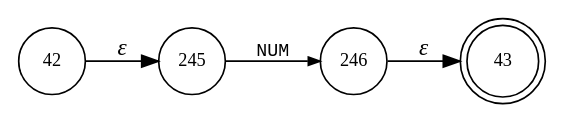
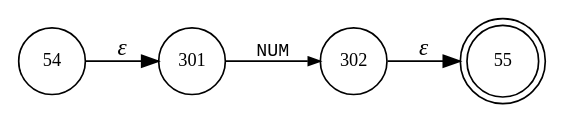
One commit to gar13177/Scanner changed the diagram in src/grammar/ANTLR/decaf.int_literal.dot. Above: the diagram before and after it, drawn with Graphviz. The commit also changed 226 other files, not shown here.

```diff
--- a/src/grammar/ANTLR/decaf.int_literal.dot
+++ b/src/grammar/ANTLR/decaf.int_literal.dot
@@ -1,10 +1,10 @@
 digraph ATN {
 rankdir=LR;
-s43[fontsize=11, label="43", shape=doublecircle, fixedsize=true, width=.6];
-s245[fontsize=11,label="245", shape=circle, fixedsize=true, width=.55, peripheries=1];
-s246[fontsize=11,label="246", shape=circle, fixedsize=true, width=.55, peripheries=1];
-s42[fontsize=11,label="42", shape=circle, fixedsize=true, width=.55, peripheries=1];
-s42 -> s245 [fontname="Times-Italic", label="&epsilon;"];
-s245 -> s246 [fontsize=11, fontname="Courier", arrowsize=.7, label = "NUM", arrowhead = normal];
-s246 -> s43 [fontname="Times-Italic", label="&epsilon;"];
+s55[fontsize=11, label="55", shape=doublecircle, fixedsize=true, width=.6];
+s54[fontsize=11,label="54", shape=circle, fixedsize=true, width=.55, peripheries=1];
+s301[fontsize=11,label="301", shape=circle, fixedsize=true, width=.55, peripheries=1];
+s302[fontsize=11,label="302", shape=circle, fixedsize=true, width=.55, peripheries=1];
+s54 -> s301 [fontname="Times-Italic", label="&epsilon;"];
+s301 -> s302 [fontsize=11, fontname="Courier", arrowsize=.7, label = "NUM", arrowhead = normal];
+s302 -> s55 [fontname="Times-Italic", label="&epsilon;"];
 }
```
